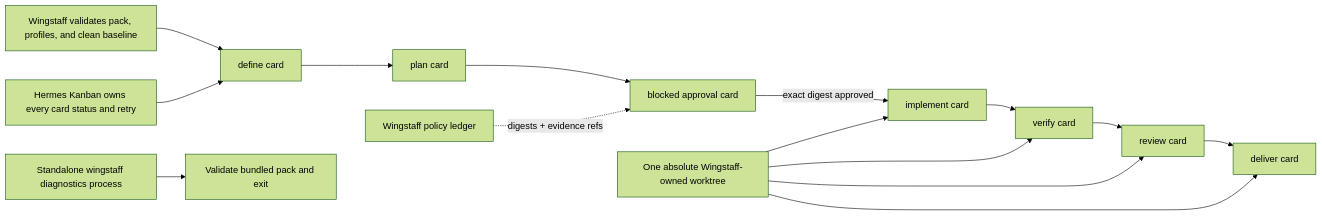
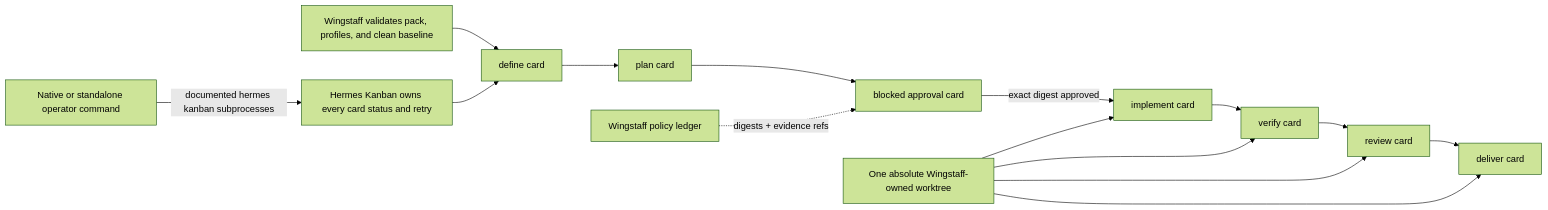
One commit to forgegod/daidala changed the second of 2 diagrams in docs/01-architecture.md. Above: the diagram before and after it, drawn with Mermaid (forest theme). The commit also changed other lines of this file and 14 other files, not shown here.

````diff
--- a/docs/01-architecture.md
+++ b/docs/01-architecture.md
@@ -85,19 +85,19 @@
 ```mermaid
 flowchart LR
     START["Wingstaff validates pack, profiles, and clean baseline"] --> DEFINE["define card"]
     DEFINE --> PLAN["plan card"]
     PLAN --> APPROVAL["blocked approval card"]
     APPROVAL -->|"exact digest approved"| IMPLEMENT["implement card"]
     IMPLEMENT --> VERIFY["verify card"]
     VERIFY --> REVIEW["review card"]
     REVIEW --> DELIVER["deliver card"]
 
     KB["Hermes Kanban owns every card status and retry"] --> DEFINE
     LEDGER["Wingstaff policy ledger"] -."digests + evidence refs".-> APPROVAL
     WORKTREE["One absolute Wingstaff-owned worktree"] --> IMPLEMENT
     WORKTREE --> VERIFY
     WORKTREE --> REVIEW
     WORKTREE --> DELIVER
 
-    CLI["Standalone wingstaff diagnostics process"] --> VALIDATE["Validate bundled pack and exit"]
+    CLI["Native or standalone operator command"] -->|"documented hermes kanban subprocesses"| KB
 ```
````
